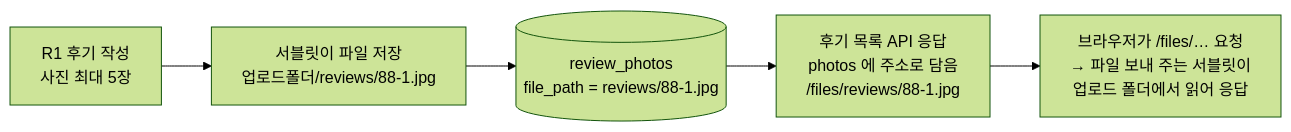
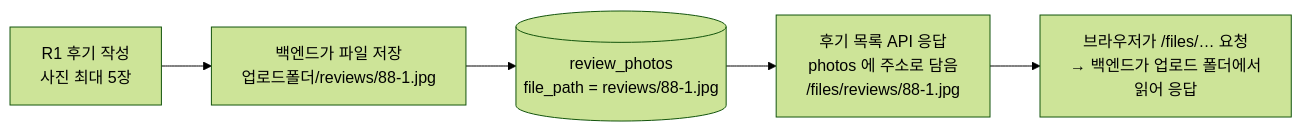
One commit to AnemoneCoronaria/Team_walk changed the diagram in docs/images/flow-photo.mmd. Above: the diagram before and after it, drawn with Mermaid (forest theme). The commit also changed 19 other files, not shown here.

```diff
--- a/docs/images/flow-photo.mmd
+++ b/docs/images/flow-photo.mmd
@@ -1,5 +1,5 @@
 flowchart LR
-    F["R1 후기 작성<br/>사진 최대 5장"] --> SV["서블릿이 파일 저장<br/>업로드폴더/reviews/88-1.jpg"]
+    F["R1 후기 작성<br/>사진 최대 5장"] --> SV["백엔드가 파일 저장<br/>업로드폴더/reviews/88-1.jpg"]
     SV --> DB[("review_photos<br/>file_path = reviews/88-1.jpg")]
     DB --> API["후기 목록 API 응답<br/>photos 에 주소로 담음<br/>/files/reviews/88-1.jpg"]
-    API --> IMG["브라우저가 /files/… 요청<br/>→ 파일 보내 주는 서블릿이<br/>업로드 폴더에서 읽어 응답"]
+    API --> IMG["브라우저가 /files/… 요청<br/>→ 백엔드가 업로드 폴더에서<br/>읽어 응답"]
```
